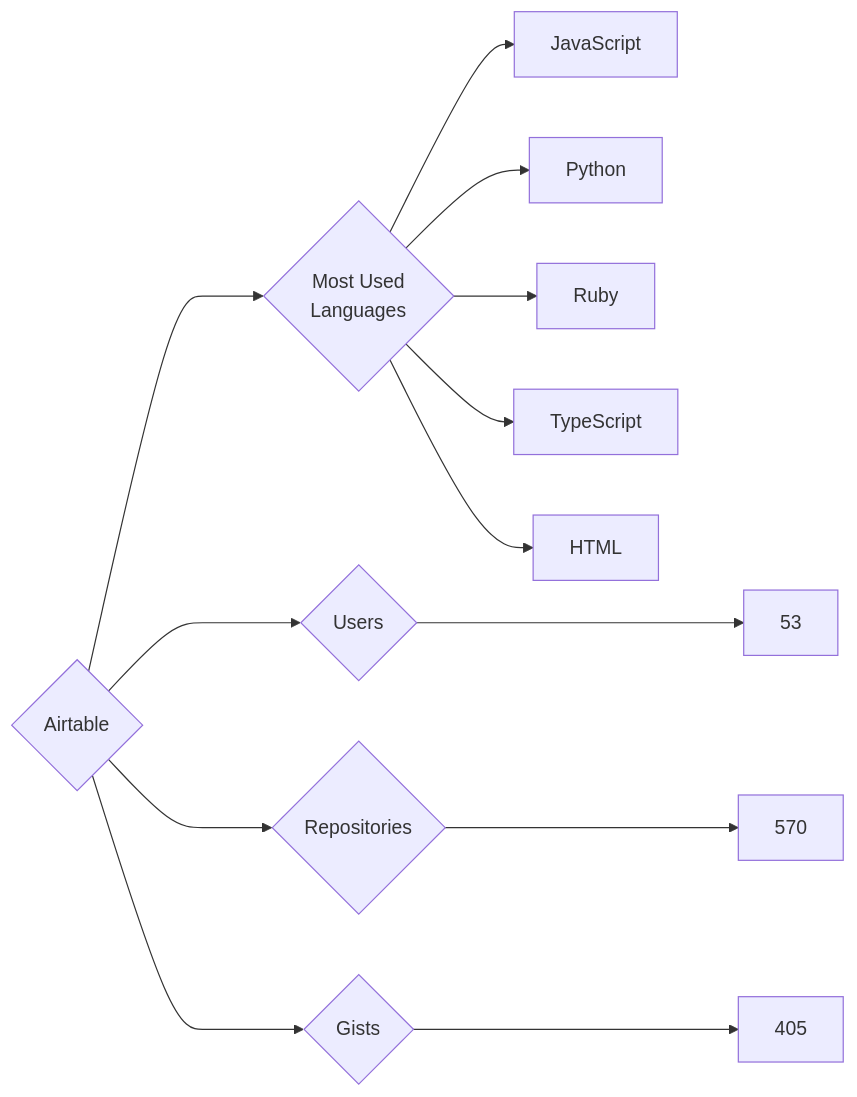
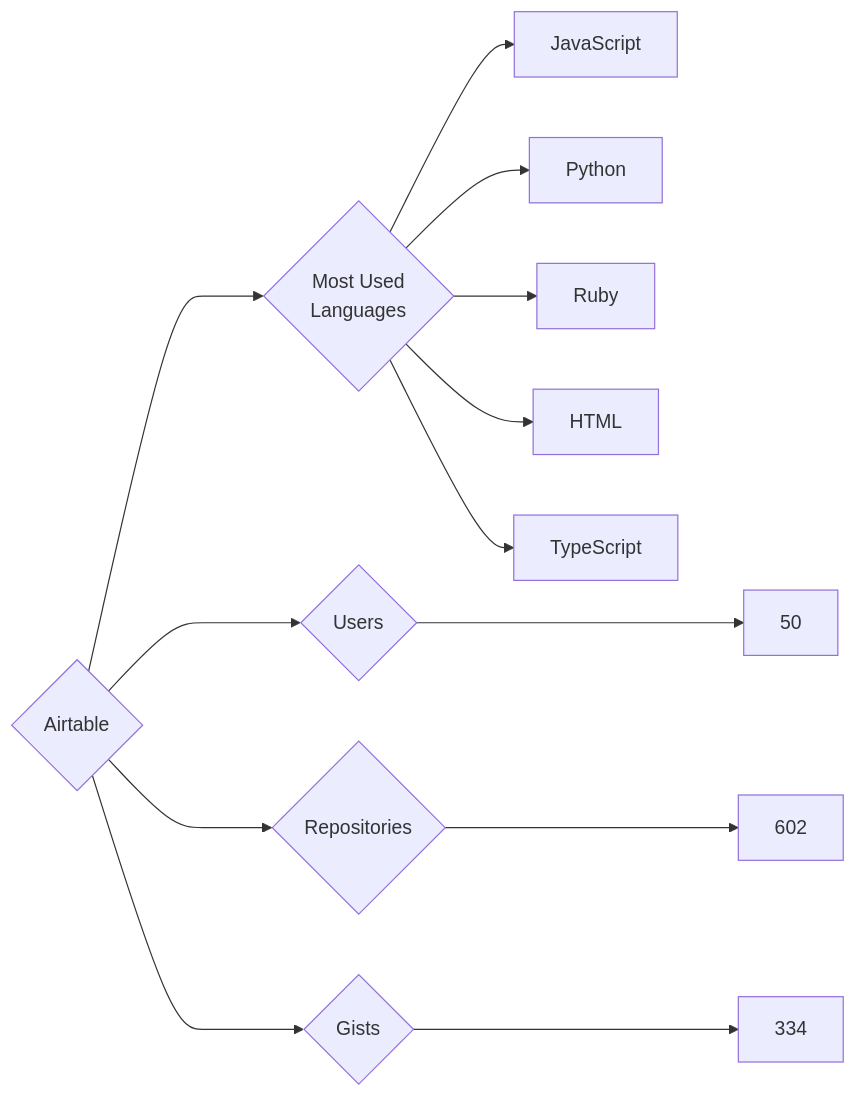
Before and after one commit to trickest/insiders: the diagram in targets/Airtable/README.md, drawn with Mermaid. The commit also changed 847 other files, not shown here.

````diff
--- a/targets/Airtable/README.md
+++ b/targets/Airtable/README.md
@@ -3,13 +3,13 @@
 ```mermaid
 graph LR
 COMPANY_NAME{Airtable}
-COMPANY_NAME ---> U{Users} ---> UN[53]
-COMPANY_NAME ---> R{Repositories} ---> RN[570]
-COMPANY_NAME ---> G{Gists} ---> GN[405]
+COMPANY_NAME ---> U{Users} ---> UN[50]
+COMPANY_NAME ---> R{Repositories} ---> RN[602]
+COMPANY_NAME ---> G{Gists} ---> GN[334]
 COMPANY_NAME ---> ML{Most Used<br>Languages}
 ML --> JavaScript[JavaScript]
 ML --> Python[Python]
 ML --> Ruby[Ruby]
+ML --> HTML[HTML]
 ML --> TypeScript[TypeScript]
-ML --> HTML[HTML]
 ```
````
